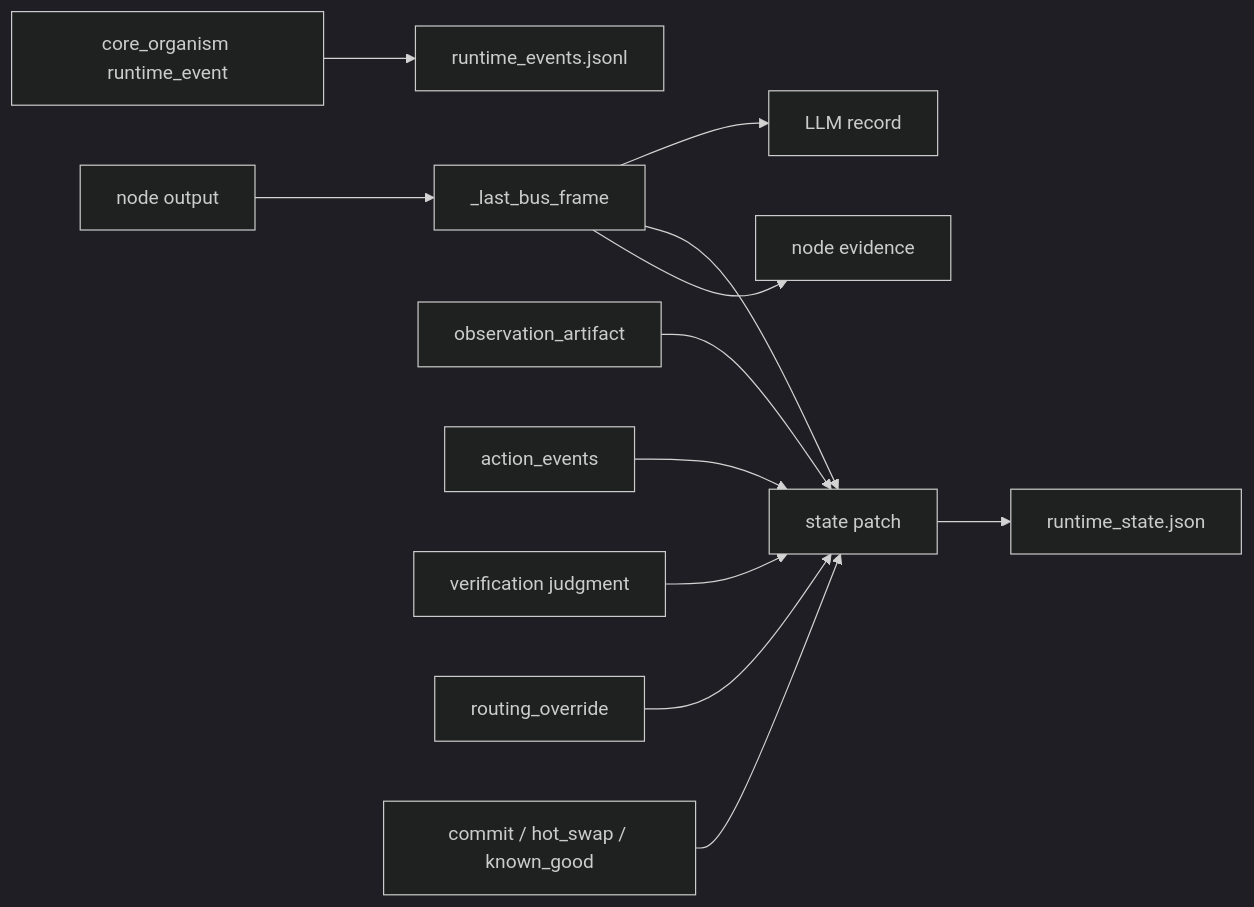
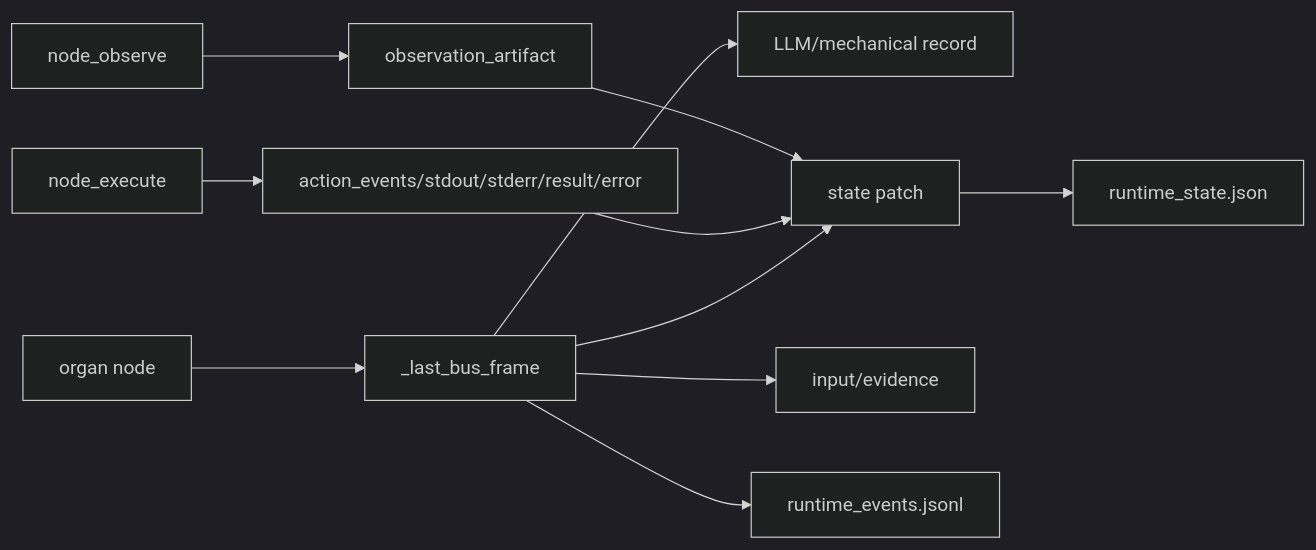
One commit to wgabrys88/endgame-ai changed the third of 6 diagrams in README.md. Above: the diagram before and after it, drawn with Mermaid (dark theme). The commit also changed other lines of this file and 6 other files, not shown here.

````diff
--- a/README.md
+++ b/README.md
@@ -76,14 +137,13 @@
 ```mermaid
 flowchart LR
-    Runtime["core_organism runtime_event"] --> Events["runtime_events.jsonl"]
-    Node["node output"] --> Frame["_last_bus_frame"]
-    Frame --> Record["LLM record"]
+    Node["organ node"] --> Frame["_last_bus_frame"]
+    Frame --> Record["LLM/mechanical record"]
     Frame --> Patch["state patch"]
-    Frame --> Evidence["node evidence"]
+    Frame --> Evidence["input/evidence"]
     Patch --> State["runtime_state.json"]
-    Observe["observation_artifact"] --> Patch
-    Execute["action_events"] --> Patch
-    Verify["verification judgment"] --> Patch
-    Reflect["routing_override"] --> Patch
-    SelfModify["commit / hot_swap / known_good"] --> Patch
+    Frame --> Events["runtime_events.jsonl"]
+    Execute["node_execute"] --> Actions["action_events/stdout/stderr/result/error"]
+    Actions --> Patch
+    Observe["node_observe"] --> Artifact["observation_artifact"]
+    Artifact --> Patch
 ```
````
